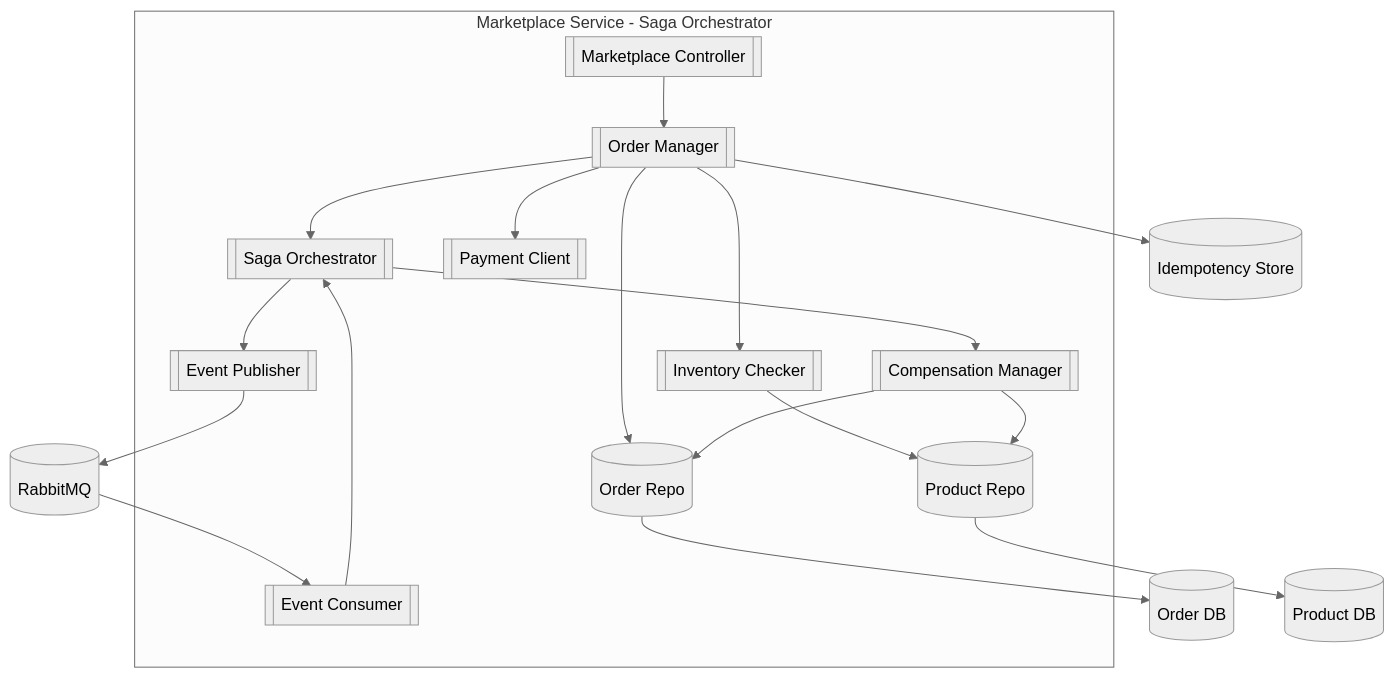
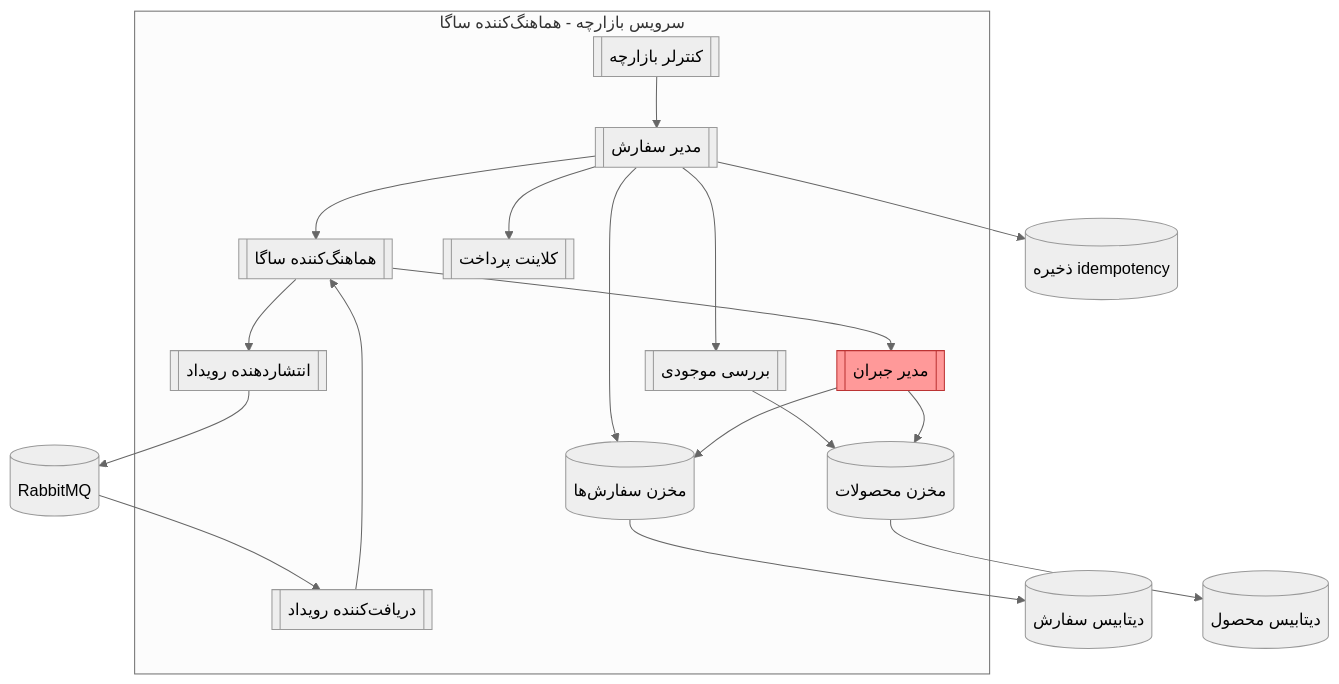
The sixth of 8 diagrams in README.md (Amir-Goli-1383/test), drawn with Mermaid (neutral theme) before and after one commit. The commit also changed other lines of this file, not shown here.

````diff
--- a/README.md
+++ b/README.md
@@ -244,44 +197,49 @@
 ```mermaid
 flowchart TB
-
-    subgraph MarketplaceService ["Marketplace Service - Saga Orchestrator"]
-
-        MarketplaceController[[Marketplace Controller]]
-        OrderManager[[Order Manager]]
-        SagaOrchestrator[[Saga Orchestrator]]
-        InventoryChecker[[Inventory Checker]]
-        PaymentClient[[Payment Client]]
-        OrderRepo[(Order Repo)]
-        ProductRepo[(Product Repo)]
-        EventPublisher[[Event Publisher]]
-        EventConsumer[[Event Consumer]]
-        CompensationManager[[Compensation Manager]]
-
+    subgraph MarketplaceService ["سرویس بازارچه - هماهنگ‌کننده ساگا"]
+        MarketplaceController[[کنترلر بازارچه]]
+        OrderManager[[مدیر سفارش]]
+        SagaOrchestrator[[هماهنگ‌کننده ساگا]]
+        InventoryChecker[[بررسی موجودی]]
+        PaymentClient[[کلاینت پرداخت]]
+        OrderRepo[(مخزن سفارش‌ها)]
+        ProductRepo[(مخزن محصولات)]
+        EventPublisher[[انتشاردهنده رویداد]]
+        EventConsumer[[دریافت‌کننده رویداد]]
+        CompensationManager[[مدیر جبران]]
     end
 
-    OrderDB[(Order DB)]
-    ProductDB[(Product DB)]
+    OrderDB[(دیتابیس سفارش)]
+    ProductDB[(دیتابیس محصول)]
     MessageBroker[(RabbitMQ)]
-    IdempotencyStore[(Idempotency Store)]
+    IdempotencyStore[(ذخیره idempotency)]
 
+    %% جریان اصلی
     MarketplaceController --> OrderManager
     OrderManager --> InventoryChecker
     OrderManager --> PaymentClient
     OrderManager --> SagaOrchestrator
     OrderManager --> OrderRepo
+    OrderManager --> IdempotencyStore
 
+    %% بررسی موجودی → مخزن محصولات → دیتابیس
     InventoryChecker --> ProductRepo
     ProductRepo --> ProductDB
+
+    %% ذخیره سفارش → دیتابیس
     OrderRepo --> OrderDB
 
+    %% ساگا و رویدادها
     SagaOrchestrator --> EventPublisher
     EventPublisher --> MessageBroker
     MessageBroker --> EventConsumer
     EventConsumer --> SagaOrchestrator
 
+    %% در صورت خطا → جبران (هر دو مخزن)
     SagaOrchestrator --> CompensationManager
     CompensationManager --> OrderRepo
     CompensationManager --> ProductRepo
 
-    OrderManager --> IdempotencyStore
+    %% استایل برای جبران‌کننده (اختیاری)
+    style CompensationManager fill:#ff9999,stroke:#b33
 ```
````
